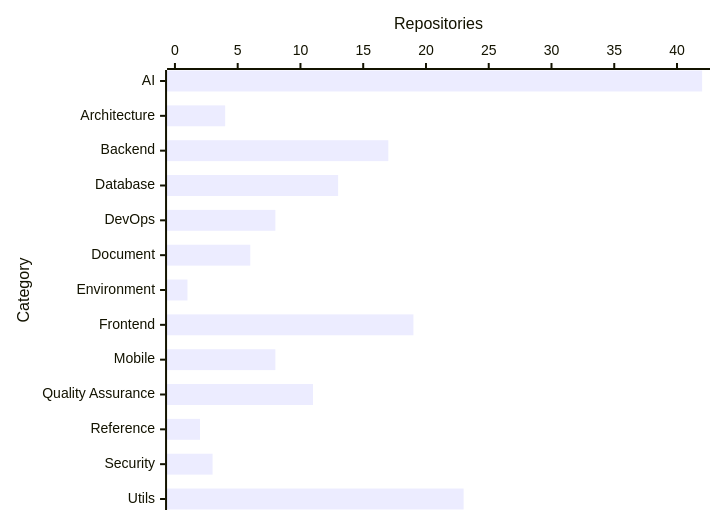
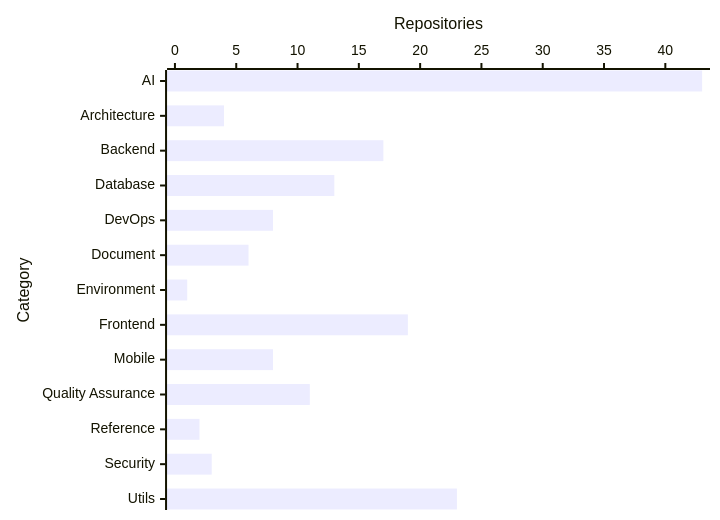
One commit to prawee/resource changed the diagram in README.md. Above: the diagram before and after it, drawn with Mermaid. The commit also changed other lines of this file, not shown here.

````diff
--- a/README.md
+++ b/README.md
@@ -11,6 +11,6 @@
 ```mermaid
 xychart-beta horizontal
     x-axis "Category" ["AI", "Architecture", "Backend", "Database", "DevOps", "Document", "Environment", "Frontend", "Mobile", "Quality Assurance", "Reference", "Security", "Utils"]
-    y-axis "Repositories" 0 --> 42
-    bar [42, 4, 17, 13, 8, 6, 1, 19, 8, 11, 2, 3, 23]
+    y-axis "Repositories" 0 --> 43
+    bar [43, 4, 17, 13, 8, 6, 1, 19, 8, 11, 2, 3, 23]
 ```
````
